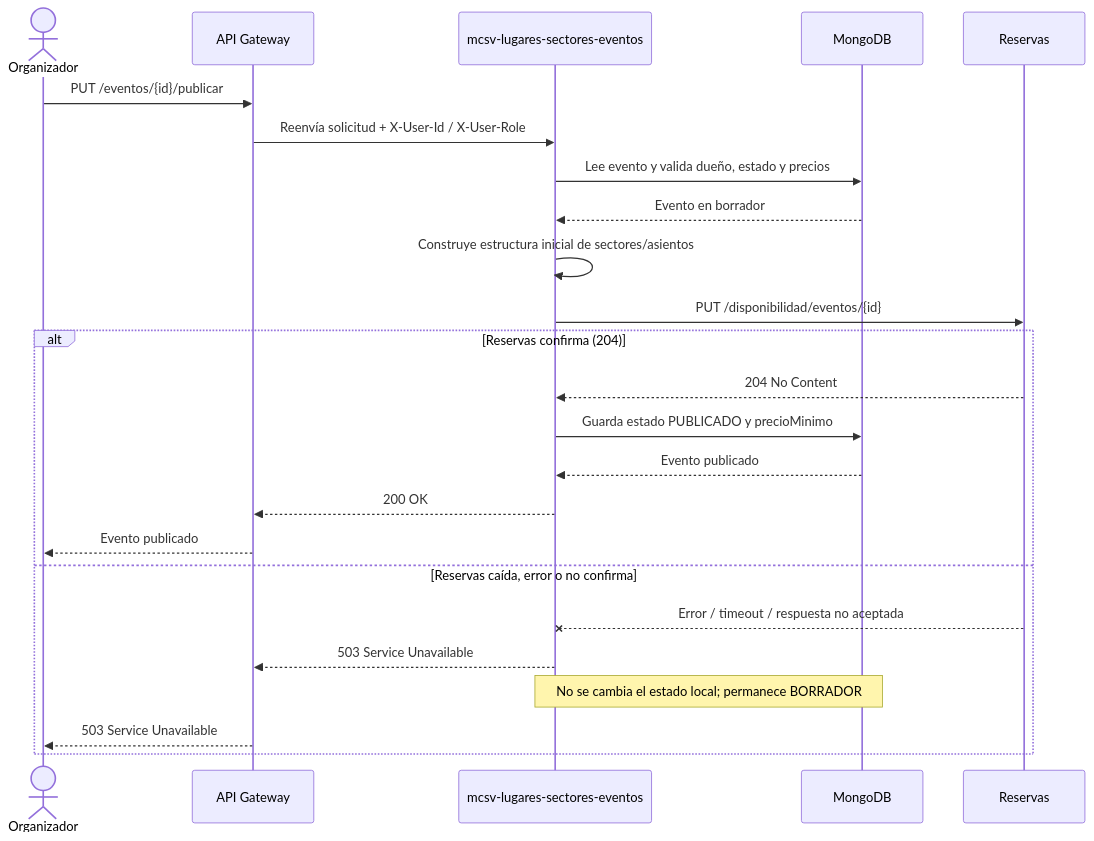
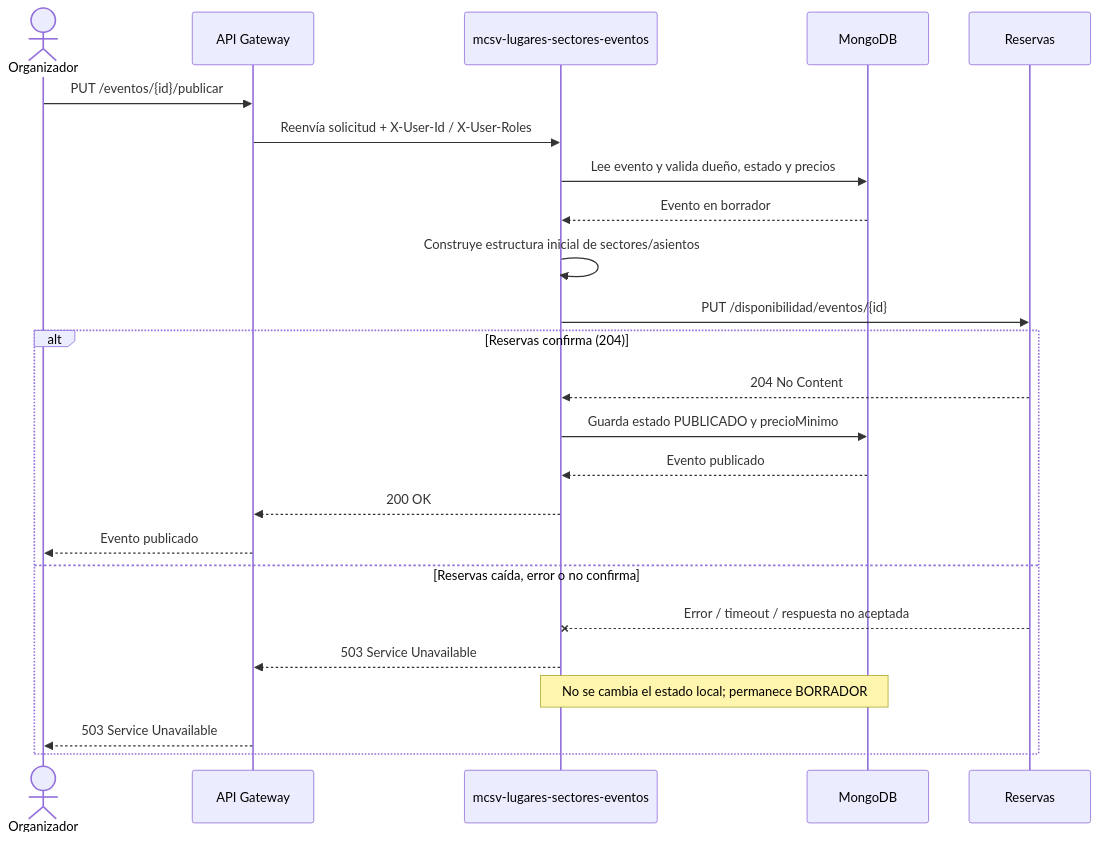
The second of 4 diagrams in Backend/mcsv-lugares-sectores-eventos/docs/diseno.md (mailenramos/Trabajo-Practico-Especial), drawn with Mermaid before and after one commit. The commit also changed other lines of this file and 30 other files, not shown here.

````diff
--- a/Backend/mcsv-lugares-sectores-eventos/docs/diseno.md
+++ b/Backend/mcsv-lugares-sectores-eventos/docs/diseno.md
@@ -43,27 +43,27 @@
 ```mermaid
 sequenceDiagram
     actor Organizador
     participant GW as API Gateway
     participant GL as mcsv-lugares-sectores-eventos
     participant DB as MongoDB
     participant R as Reservas
 
     Organizador->>GW: PUT /eventos/{id}/publicar
-    GW->>GL: Reenvía solicitud + X-User-Id / X-User-Role
+    GW->>GL: Reenvía solicitud + X-User-Id / X-User-Roles
     GL->>DB: Lee evento y valida dueño, estado y precios
     DB-->>GL: Evento en borrador
     GL->>GL: Construye estructura inicial de sectores/asientos
     GL->>R: PUT /disponibilidad/eventos/{id}
     alt Reservas confirma (204)
         R-->>GL: 204 No Content
         GL->>DB: Guarda estado PUBLICADO y precioMinimo
         DB-->>GL: Evento publicado
         GL-->>GW: 200 OK
         GW-->>Organizador: Evento publicado
     else Reservas caída, error o no confirma
         R--xGL: Error / timeout / respuesta no aceptada
         GL-->>GW: 503 Service Unavailable
         Note over GL,DB: No se cambia el estado local#59; permanece BORRADOR
         GW-->>Organizador: 503 Service Unavailable
     end
 ```
````
